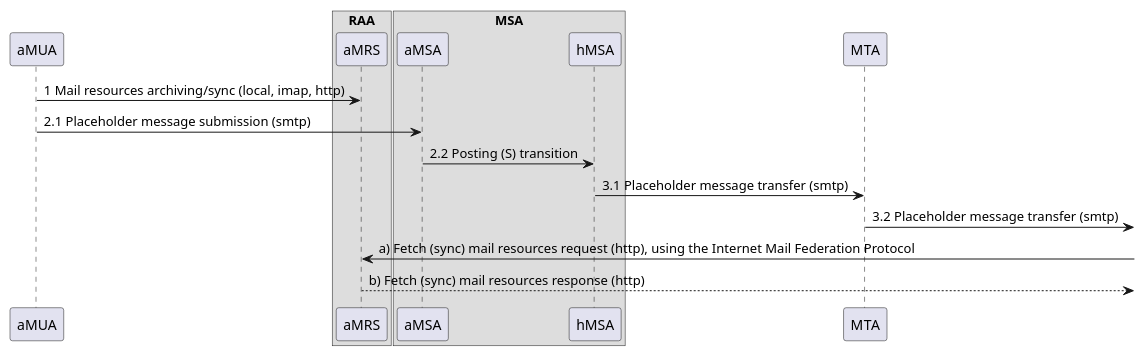
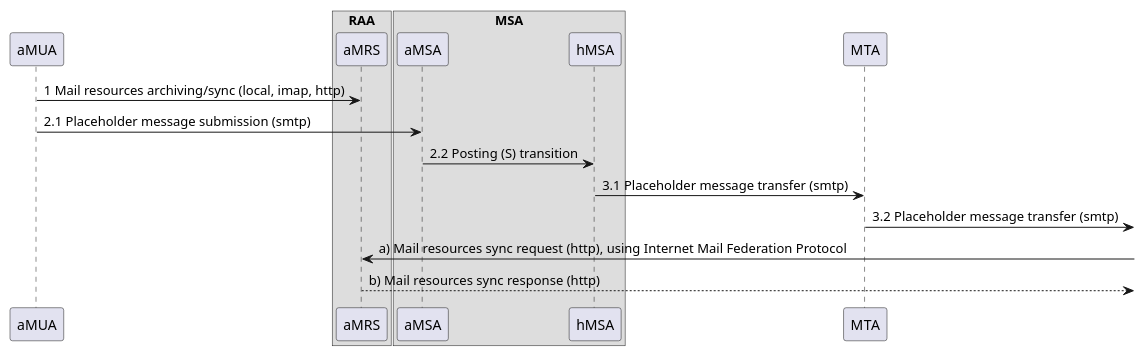
The diagram in docs/resources/authorization-enhanced_rfc5598_I_sd.puml (federizer/federizer), drawn with PlantUML before and after one commit. The commit also changed 4 other files, not shown here.

```diff
--- a/docs/resources/authorization-enhanced_rfc5598_I_sd.puml
+++ b/docs/resources/authorization-enhanced_rfc5598_I_sd.puml
@@ -1,42 +1,42 @@
 @startuml Authorization-Enhanced Internet Mail Architecture, message flow part I.
 
 /'
 Message
 Message User Agent (MUA)
     Author MUA (aMUA)
     Recipient MUA (rMUA)
 Message Submission Agent (MSA)
     Author-focused MSA functions (aMSA)
     MHS-focused MSA functions (hMSA)
 Message Transfer Agent (MTA)
 Message Delivery Agent (MDA)
     Recipient-focused MDA functions (rMDA)
     MHS-focused MDA functions (hMDA)
-Resource Fetch Agent (RFA)
+Resource Sync Agent (RSA)
 Resource Access Agent (RAA)
 Mail Resource Store (MRS)
     Author MRS (aMRS)
     Recipient MRS (rMRS)    
     User Agent MRS (uMRS)
 '/
 
 'ADMD I.
 participant "aMUA" as aMUA /'MUA, uMRS optional'/
 box "RAA" /'Resource Access Agent'/
 participant "aMRS" as aMRS /'Author MRS'/
 end box
 box "MSA" /'MSA'/
 participant "aMSA" as aMSA /'Author-focused MSA'/
 participant "hMSA" as hMSA /'MHS-focused MSA'/
 end box
 participant "MTA" as MTA /'MTA'/
 
 aMUA -> aMRS : 1 Mail resources archiving/sync (local, imap, http)
 aMUA -> aMSA : 2.1 Placeholder message submission (smtp)
 aMSA -> hMSA : 2.2 Posting (S) transition
 hMSA -> MTA : 3.1 Placeholder message transfer (smtp)
 MTA ->] : 3.2 Placeholder message transfer (smtp)
-aMRS <-] : a) Fetch (sync) mail resources request (http), using the Internet Mail Federation Protocol
-aMRS -->] : b) Fetch (sync) mail resources response (http)
+aMRS <-] : a) Mail resources sync request (http), using Internet Mail Federation Protocol
+aMRS -->] : b) Mail resources sync response (http)
 
 @enduml
```
